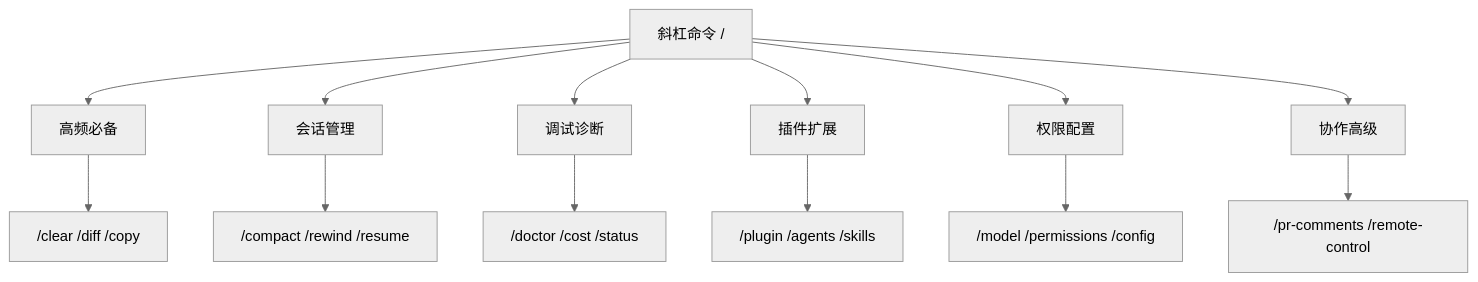
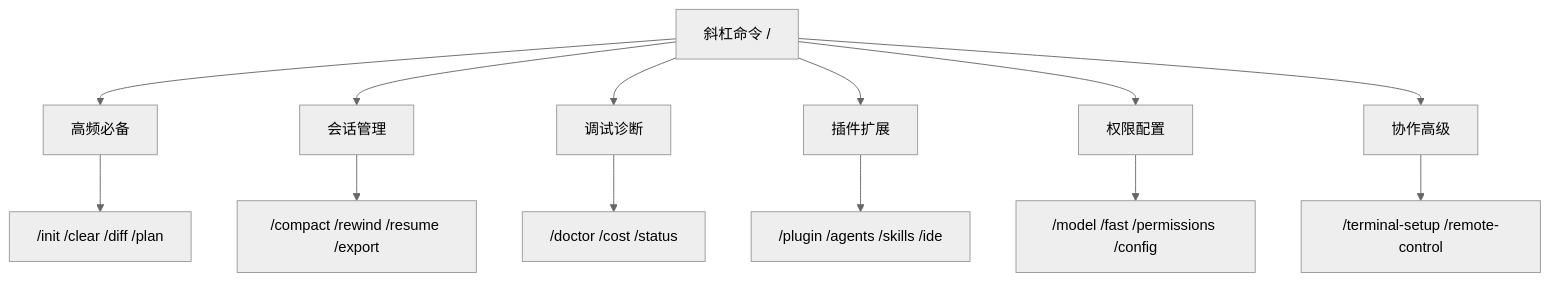
The diagram in src/claudecode/05-claude-commands-guide.md (hhzh/aiweb), drawn with Mermaid (neutral theme) before and after one commit. The commit also changed other lines of this file and 10 other files, not shown here.

````diff
--- a/src/claudecode/05-claude-commands-guide.md
+++ b/src/claudecode/05-claude-commands-guide.md
@@ -14,16 +14,16 @@
 ```mermaid
 flowchart TD
     A["斜杠命令 /"] --> B[高频必备]
     A --> C[会话管理]
     A --> D[调试诊断]
     A --> E[插件扩展]
     A --> F[权限配置]
     A --> G[协作高级]
     
-    B --> H["/clear /diff /copy"]
-    C --> I["/compact /rewind /resume"]
+    B --> H["/init /clear /diff /plan"]
+    C --> I["/compact /rewind /resume /export"]
     D --> J["/doctor /cost /status"]
-    E --> K["/plugin /agents /skills"]
-    F --> L["/model /permissions /config"]
-    G --> M["/pr-comments /remote-control"]
+    E --> K["/plugin /agents /skills /ide"]
+    F --> L["/model /fast /permissions /config"]
+    G --> M["/terminal-setup /remote-control"]
 ```
````
